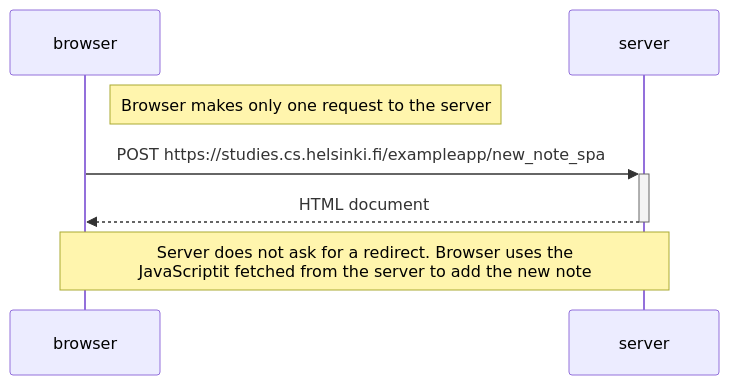
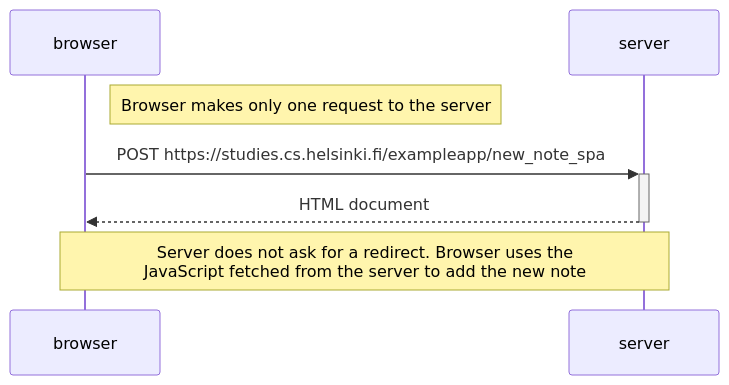
Before and after one commit to victormaoya/helsinki: the diagram in part0/0.6.md, drawn with Mermaid.

Commit message:
New note in Single page app diagram

````diff
--- a/part0/0.6.md
+++ b/part0/0.6.md
@@ -1,10 +1,10 @@
 ```mermaid
     sequenceDiagram
       participant browser
       participant server
 
       Note right of browser: Browser makes only one request to the server
       browser->>+server: POST https://studies.cs.helsinki.fi/exampleapp/new_note_spa
       server-->>-browser: HTML document
-      Note over browser,server: Server does not ask for a redirect. Browser uses the<br/>JavaScriptit fetched from the server to add the new note
+      Note over browser,server: Server does not ask for a redirect. Browser uses the<br/>JavaScript fetched from the server to add the new note
 ```
````
